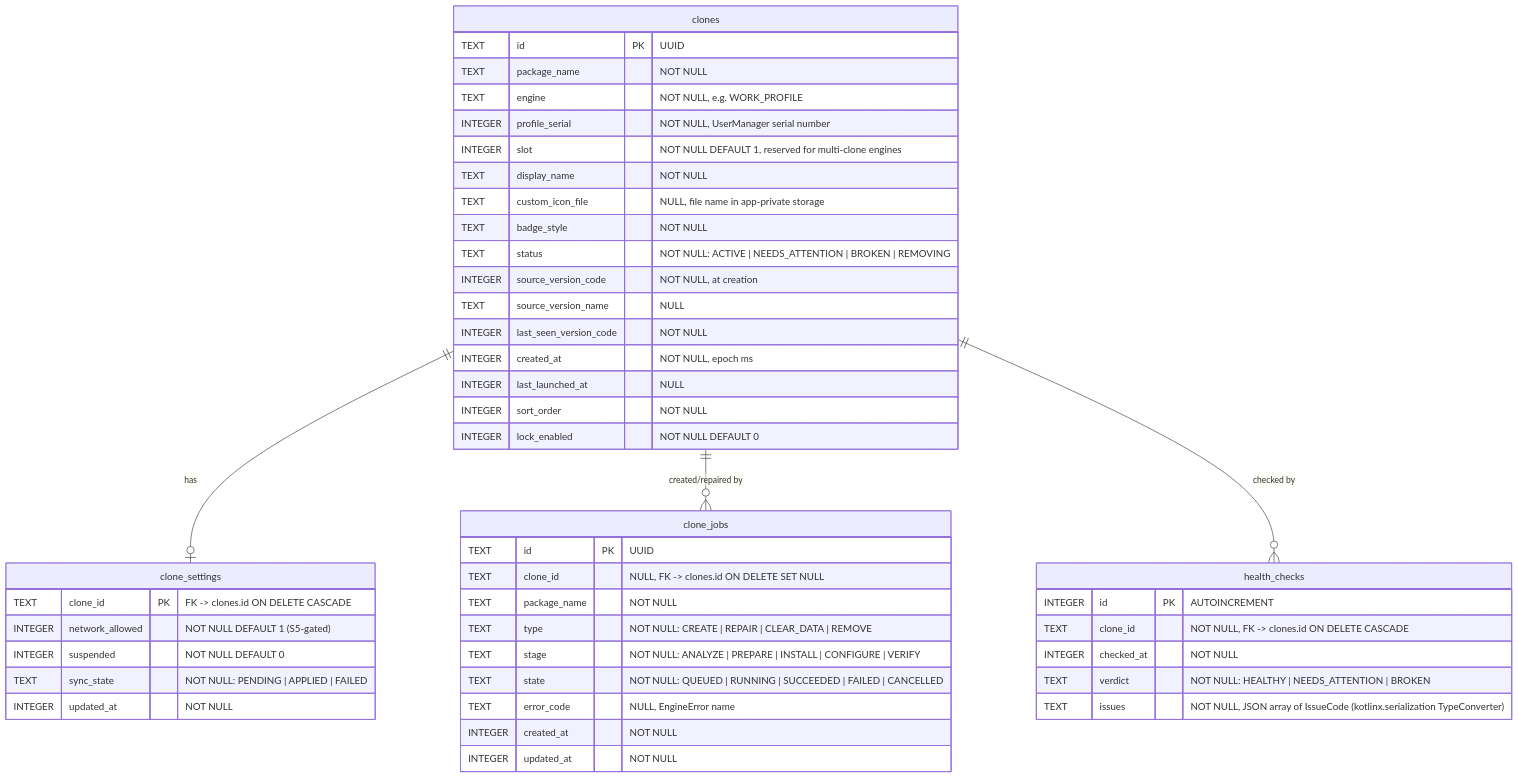
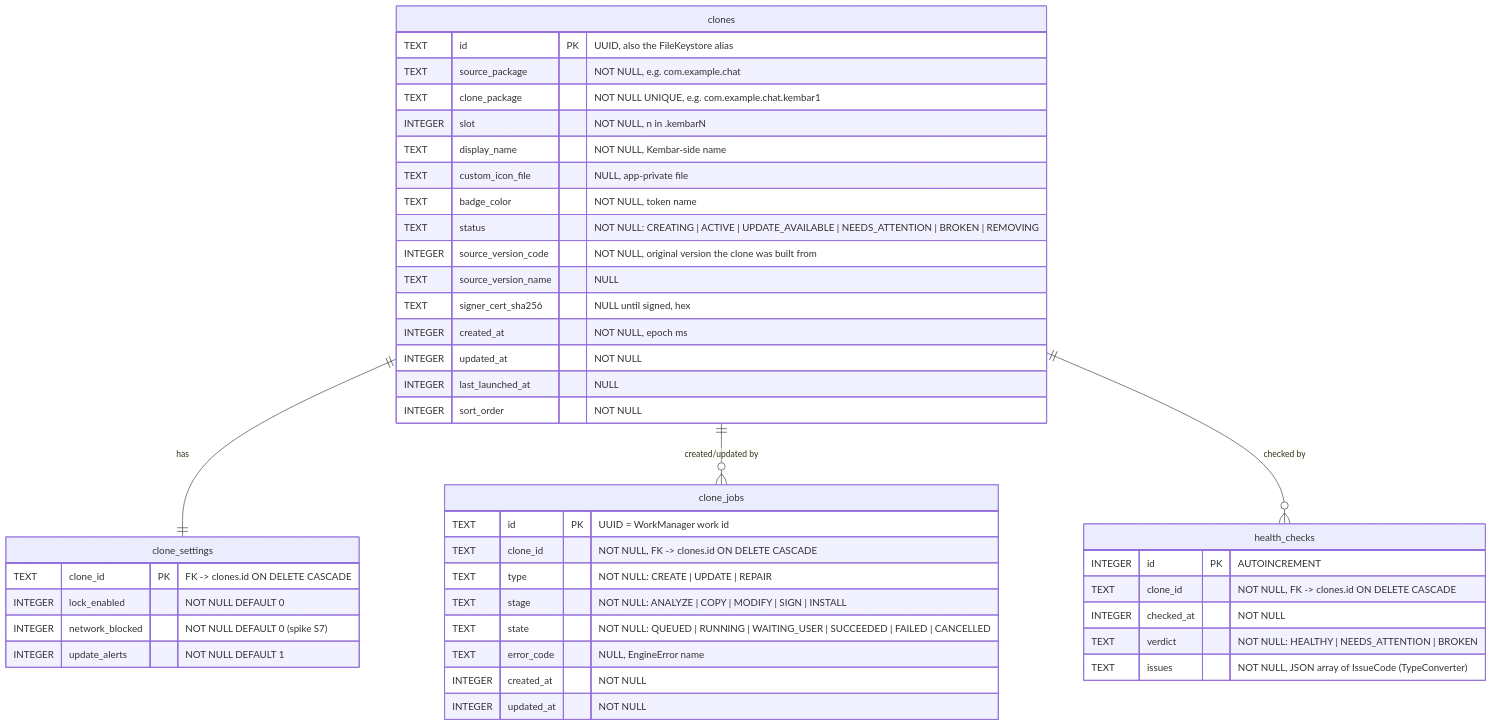
The fourth of 4 diagrams in docs/architecture.md (Rosyidputrar/cloner), drawn with Mermaid before and after one commit. The commit also changed other lines of this file and 5 other files, not shown here.

Commit message:
docs: switch clone engine to repackaging and pin toolchain

````diff
--- a/docs/architecture.md
+++ b/docs/architecture.md
@@ -207,50 +169,47 @@
 ```mermaid
 erDiagram
-  clones ||--o| clone_settings : has
-  clones ||--o{ clone_jobs : "created/repaired by"
+  clones ||--|| clone_settings : has
+  clones ||--o{ clone_jobs : "created/updated by"
   clones ||--o{ health_checks : "checked by"
 
   clones {
-    TEXT id PK "UUID"
-    TEXT package_name "NOT NULL"
-    TEXT engine "NOT NULL, e.g. WORK_PROFILE"
-    INTEGER profile_serial "NOT NULL, UserManager serial number"
-    INTEGER slot "NOT NULL DEFAULT 1, reserved for multi-clone engines"
-    TEXT display_name "NOT NULL"
-    TEXT custom_icon_file "NULL, file name in app-private storage"
-    TEXT badge_style "NOT NULL"
-    TEXT status "NOT NULL: ACTIVE | NEEDS_ATTENTION | BROKEN | REMOVING"
-    INTEGER source_version_code "NOT NULL, at creation"
+    TEXT id PK "UUID, also the FileKeystore alias"
+    TEXT source_package "NOT NULL, e.g. com.example.chat"
+    TEXT clone_package "NOT NULL UNIQUE, e.g. com.example.chat.kembar1"
+    INTEGER slot "NOT NULL, n in .kembarN"
+    TEXT display_name "NOT NULL, Kembar-side name"
+    TEXT custom_icon_file "NULL, app-private file"
+    TEXT badge_color "NOT NULL, token name"
+    TEXT status "NOT NULL: CREATING | ACTIVE | UPDATE_AVAILABLE | NEEDS_ATTENTION | BROKEN | REMOVING"
+    INTEGER source_version_code "NOT NULL, original version the clone was built from"
     TEXT source_version_name "NULL"
-    INTEGER last_seen_version_code "NOT NULL"
+    TEXT signer_cert_sha256 "NULL until signed, hex"
     INTEGER created_at "NOT NULL, epoch ms"
+    INTEGER updated_at "NOT NULL"
     INTEGER last_launched_at "NULL"
     INTEGER sort_order "NOT NULL"
-    INTEGER lock_enabled "NOT NULL DEFAULT 0"
   }
   clone_settings {
     TEXT clone_id PK "FK -> clones.id ON DELETE CASCADE"
-    INTEGER network_allowed "NOT NULL DEFAULT 1 (S5-gated)"
-    INTEGER suspended "NOT NULL DEFAULT 0"
-    TEXT sync_state "NOT NULL: PENDING | APPLIED | FAILED"
-    INTEGER updated_at "NOT NULL"
+    INTEGER lock_enabled "NOT NULL DEFAULT 0"
+    INTEGER network_blocked "NOT NULL DEFAULT 0 (spike S7)"
+    INTEGER update_alerts "NOT NULL DEFAULT 1"
   }
   clone_jobs {
-    TEXT id PK "UUID"
-    TEXT clone_id "NULL, FK -> clones.id ON DELETE SET NULL"
-    TEXT package_name "NOT NULL"
-    TEXT type "NOT NULL: CREATE | REPAIR | CLEAR_DATA | REMOVE"
-    TEXT stage "NOT NULL: ANALYZE | PREPARE | INSTALL | CONFIGURE | VERIFY"
-    TEXT state "NOT NULL: QUEUED | RUNNING | SUCCEEDED | FAILED | CANCELLED"
+    TEXT id PK "UUID = WorkManager work id"
+    TEXT clone_id "NOT NULL, FK -> clones.id ON DELETE CASCADE"
+    TEXT type "NOT NULL: CREATE | UPDATE | REPAIR"
+    TEXT stage "NOT NULL: ANALYZE | COPY | MODIFY | SIGN | INSTALL"
+    TEXT state "NOT NULL: QUEUED | RUNNING | WAITING_USER | SUCCEEDED | FAILED | CANCELLED"
     TEXT error_code "NULL, EngineError name"
     INTEGER created_at "NOT NULL"
     INTEGER updated_at "NOT NULL"
   }
   health_checks {
     INTEGER id PK "AUTOINCREMENT"
     TEXT clone_id "NOT NULL, FK -> clones.id ON DELETE CASCADE"
     INTEGER checked_at "NOT NULL"
     TEXT verdict "NOT NULL: HEALTHY | NEEDS_ATTENTION | BROKEN"
-    TEXT issues "NOT NULL, JSON array of IssueCode (kotlinx.serialization TypeConverter)"
+    TEXT issues "NOT NULL, JSON array of IssueCode (TypeConverter)"
   }
 ```
````
